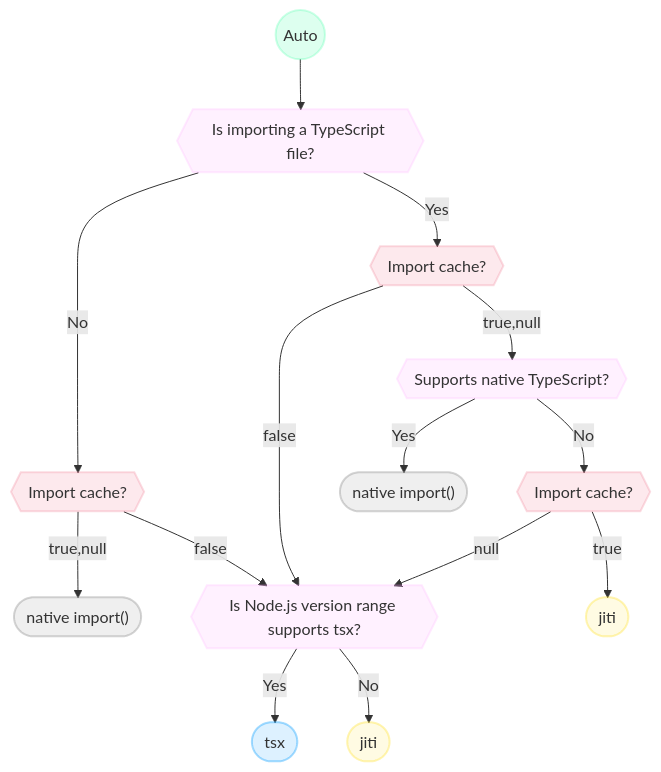
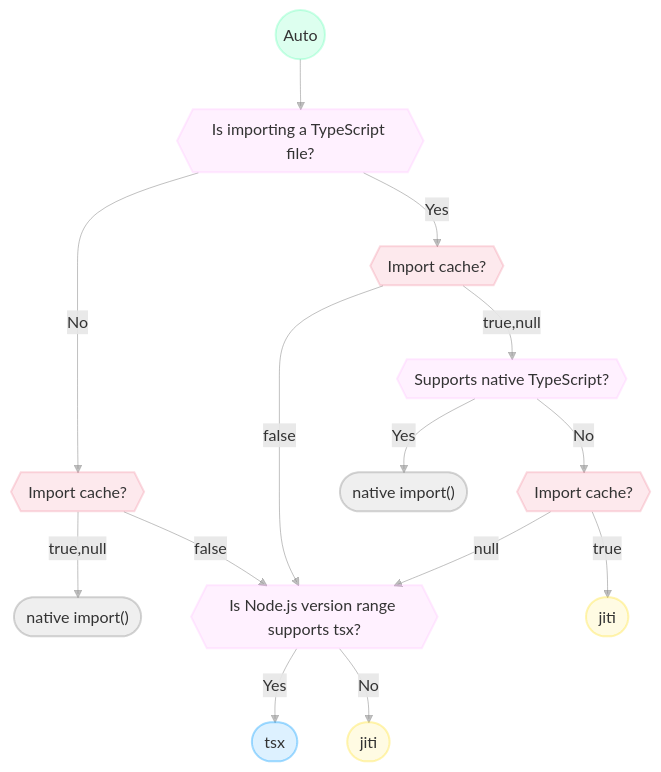
The diagram in README.md (antfu-collective/importx), drawn with Mermaid before and after one commit.

Commit message:
docs: update graph

````diff
--- a/README.md
+++ b/README.md
@@ -45,30 +45,31 @@
 ```mermaid
 graph TD
   A((Auto)) --> IsTS{{"Is importing a TypeScript file?"}}
   IsTS --> |No| Cache{{"Import cache?"}}
   Cache --> |true,null| Native1(["native import()"])
   Cache --> |false| F
 
   Cache2 --> |false| F
   IsTS --> |Yes| Cache2{{"Import cache?"}}
   Cache2 --> |true,null| D{{"Supports native TypeScript?"}}
   D --> |No| Cache3{{"Import cache?"}}
   D --> |Yes| Native2(["native import()"])
   Cache3 --> |true| Jiti1([jiti])
   Cache3 --> |null| F{{"Is Node.js version range supports tsx?"}}
   F --> |Yes| Tsx3([tsx])
   F --> |No| Jiti2([jiti])
 
   classDef auto fill:#0f82,stroke:#0f83,stroke-width:2px;
   classDef question fill:#f9f2,stroke:#f9f3,stroke-width:2px;
   classDef cache fill:#eb527120,stroke:#eb527133,stroke-width:2px;
   classDef native fill:#8882,stroke:#8883,stroke-width:2px;
   classDef tsx fill:#09f2,stroke:#09f3,stroke-width:2px;
   classDef jiti fill:#ffde2220,stroke:#ffde2230,stroke-width:2px;
   class A auto;
   class IsTS,D,F question;
   class Cache,Cache2,Cache3 cache;
   class Native1,Native2 native;
   class Tsx1,Tsx2,Tsx3 tsx;
   class Jiti1,Jiti2 jiti;
+  linkStyle default stroke:#8888
 ```
````
